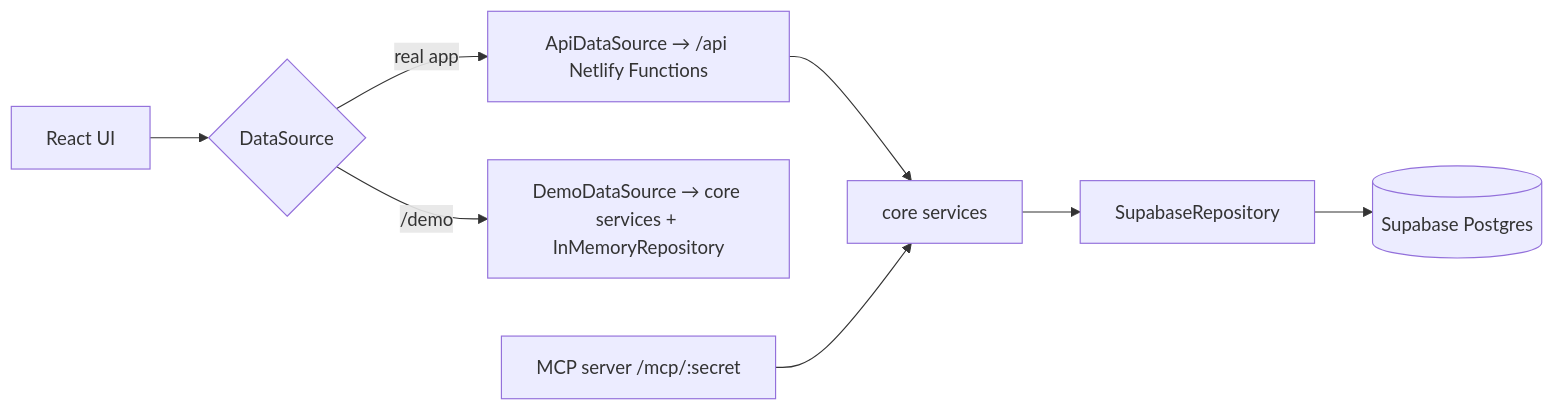
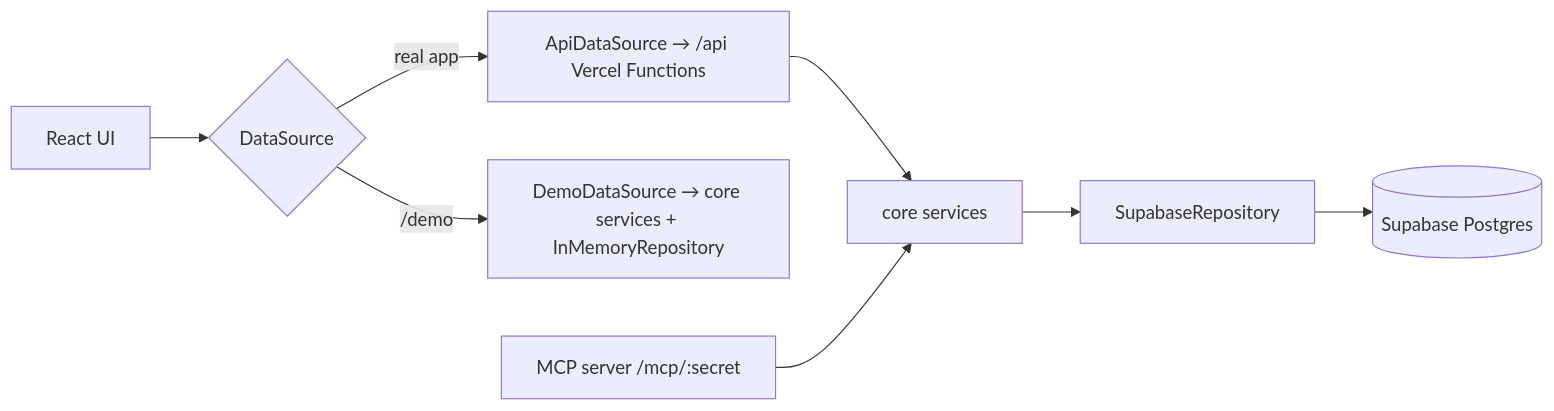
The diagram in docs/architecture.md (Hammad-Sheikhh/streakwise), drawn with Mermaid before and after one commit. The commit also changed other lines of this file and 131 other files, not shown here.

````diff
--- a/docs/architecture.md
+++ b/docs/architecture.md
@@ -7,9 +7,9 @@
 ```mermaid
 flowchart LR
   UI[React UI] --> DS{DataSource}
-  DS -->|real app| API[ApiDataSource → /api Netlify Functions]
+  DS -->|real app| API[ApiDataSource → /api Vercel Functions]
   DS -->|/demo| DEMO[DemoDataSource → core services + InMemoryRepository]
   API --> CORE[core services]
   MCP[MCP server /mcp/:secret] --> CORE
   CORE --> REPO[SupabaseRepository] --> DB[(Supabase Postgres)]
 ```
````
